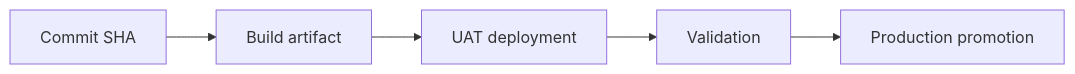
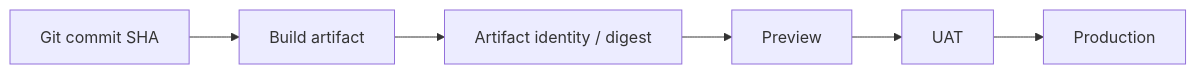
Before and after one commit to kumarchandansingh/tropos: the fourth of 6 diagrams in docs/delivery/ENVIRONMENT_STRATEGY.md, drawn with Mermaid. The commit also changed other lines of this file and 13 other files, not shown here.

Commit message:
docs: rebuild Tropos living architecture

````diff
--- a/docs/delivery/ENVIRONMENT_STRATEGY.md
+++ b/docs/delivery/ENVIRONMENT_STRATEGY.md
@@ -48,7 +61,9 @@
 ```mermaid
 flowchart LR
-    Commit[Commit SHA] --> Build[Build artifact]
-    Build --> UAT[UAT deployment]
-    UAT --> Validate[Validation]
-    Validate --> Prod[Production promotion]
+    SHA[Git commit SHA]
+    --> Build[Build artifact]
+    --> Digest[Artifact identity / digest]
+    --> Preview[Preview]
+    --> UAT[UAT]
+    --> Prod[Production]
 ```
````
